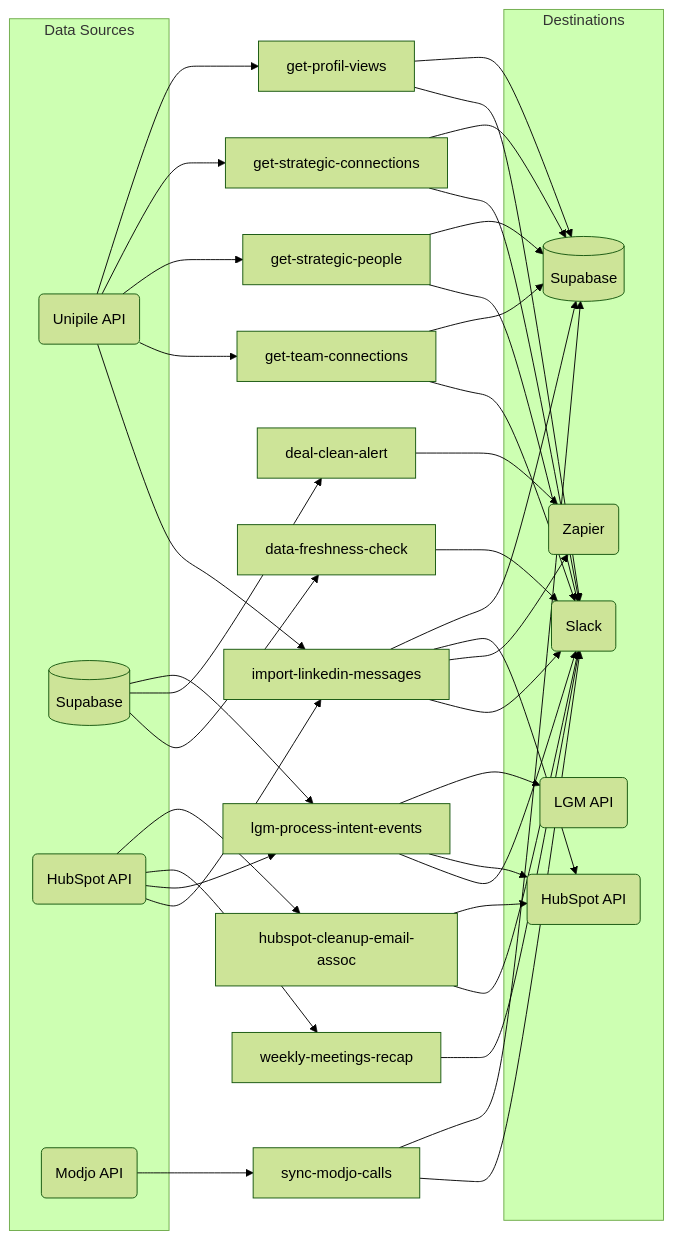
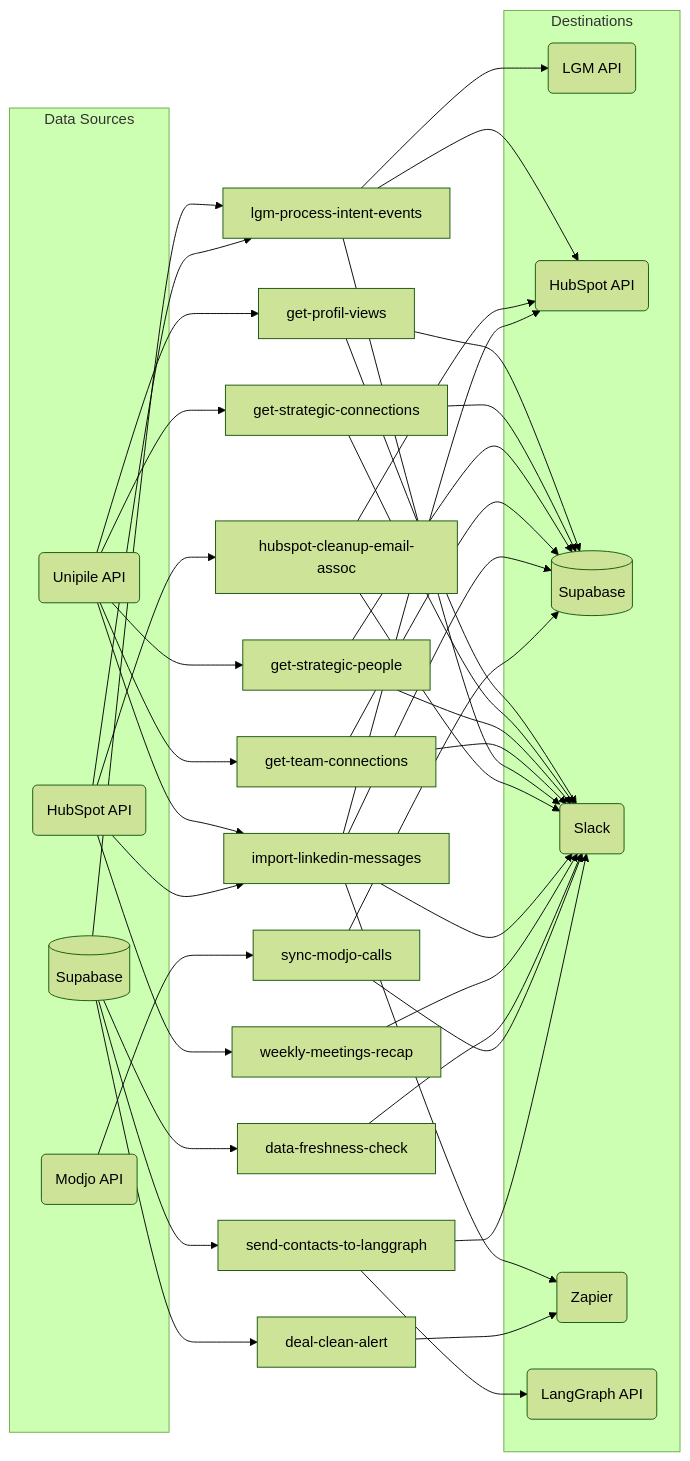
Before and after one commit to AirSaas/linkedin-scrapp: the first of 14 diagrams in CLAUDE.md, drawn with Mermaid (forest theme). The commit also changed other lines of this file and 1 other file, not shown here.

First line of the commit message:
Add send-contacts-to-langgraph task (#23)

````diff
--- a/CLAUDE.md
+++ b/CLAUDE.md
@@ -44,34 +45,36 @@
 ```mermaid
 flowchart LR
     subgraph src ["Data Sources"]
         UN(Unipile API)
         SB[(Supabase)]
         HS_I(HubSpot API)
         MJ(Modjo API)
     end
 
     subgraph dst ["Destinations"]
         LGM_O(LGM API)
         HS_O(HubSpot API)
         SB_O[(Supabase)]
         SL(Slack)
         ZP(Zapier)
+        LG(LangGraph API)
     end
 
     UN --> GPV[get-profil-views] & GSC[get-strategic-connections] & GSP[get-strategic-people] & GTC[get-team-connections] & ILM[import-linkedin-messages]
-    SB --> LPI[lgm-process-intent-events] & DCA[deal-clean-alert] & DFC[data-freshness-check]
+    SB --> LPI[lgm-process-intent-events] & DCA[deal-clean-alert] & DFC[data-freshness-check] & SCL[send-contacts-to-langgraph]
     HS_I --> HCE[hubspot-cleanup-email-assoc] & WMR[weekly-meetings-recap] & LPI & ILM
     MJ --> SMC[sync-modjo-calls]
 
     GPV --> SB_O & SL
     GSC --> SB_O & SL
     GSP --> SB_O & SL
     GTC --> SB_O & SL
     LPI --> LGM_O & HS_O & SL
     HCE --> HS_O & SL
     ILM --> SB_O & HS_O & ZP & SL
     WMR --> SL
     DCA --> ZP
     DFC --> SL
     SMC --> SB_O & SL
+    SCL --> LG & SL
 ```
````
